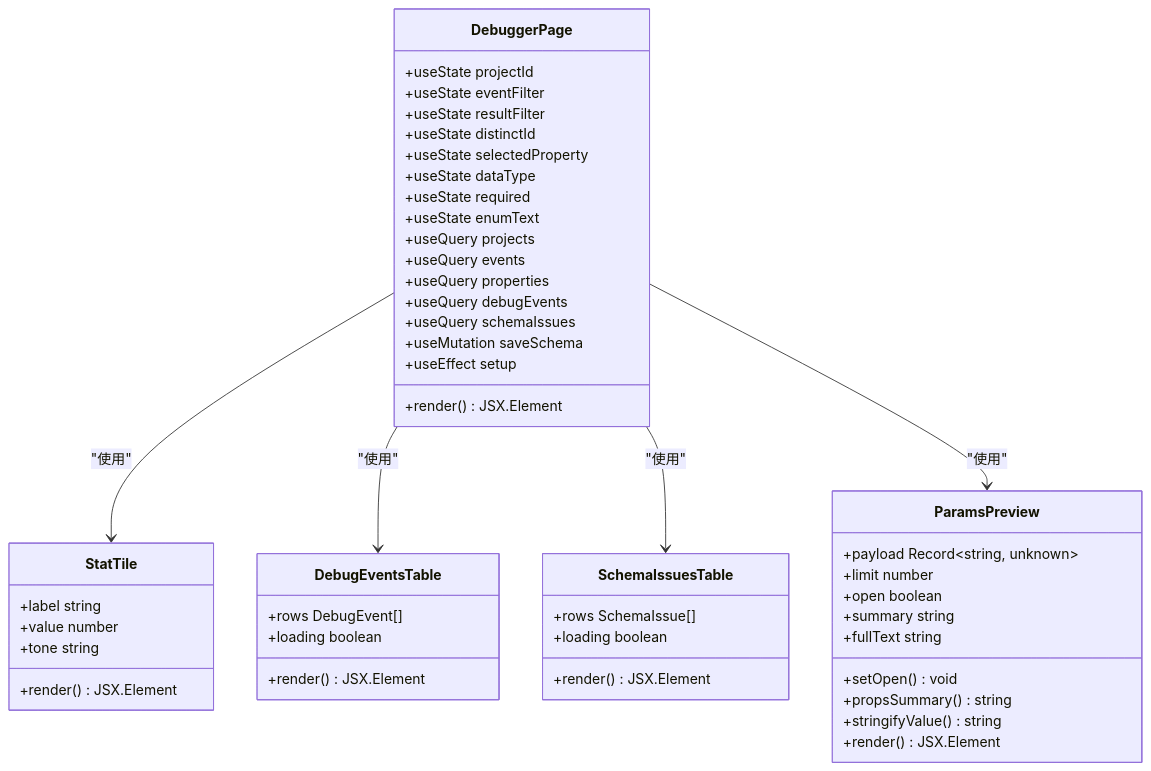
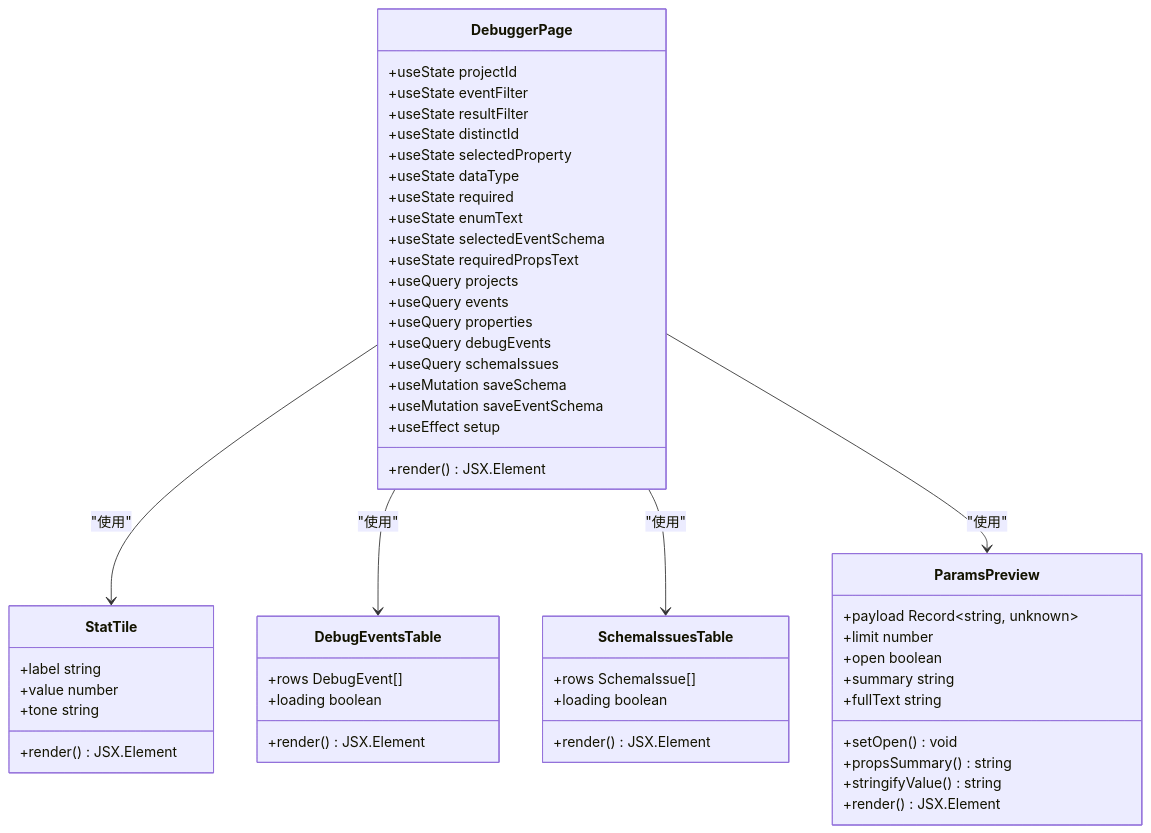
The third of 15 diagrams in .qoder/repowiki/zh/content/监控与可观测性/调试器系统.md (zhen-zhong/AeroLog), drawn with Mermaid before and after one commit. The commit also changed other lines of this file and 130 other files, not shown here.

````diff
--- a/.qoder/repowiki/zh/content/监控与可观测性/调试器系统.md
+++ b/.qoder/repowiki/zh/content/监控与可观测性/调试器系统.md
@@ -181,52 +197,55 @@
 ```mermaid
 classDiagram
 class DebuggerPage {
 +useState projectId
 +useState eventFilter
 +useState resultFilter
 +useState distinctId
 +useState selectedProperty
 +useState dataType
 +useState required
 +useState enumText
++useState selectedEventSchema
++useState requiredPropsText
 +useQuery projects
 +useQuery events
 +useQuery properties
 +useQuery debugEvents
 +useQuery schemaIssues
 +useMutation saveSchema
++useMutation saveEventSchema
 +useEffect setup
 +render() JSX.Element
 }
 class StatTile {
 +label string
 +value number
 +tone string
 +render() JSX.Element
 }
 class DebugEventsTable {
 +rows DebugEvent[]
 +loading boolean
 +render() JSX.Element
 }
 class SchemaIssuesTable {
 +rows SchemaIssue[]
 +loading boolean
 +render() JSX.Element
 }
 class ParamsPreview {
 +payload Record~string, unknown~
 +limit number
 +open boolean
 +summary string
 +fullText string
 +setOpen() void
 +propsSummary() string
 +stringifyValue() string
 +render() JSX.Element
 }
 DebuggerPage --> StatTile : "使用"
 DebuggerPage --> DebugEventsTable : "使用"
 DebuggerPage --> SchemaIssuesTable : "使用"
 DebuggerPage --> ParamsPreview : "使用"
 ```
````
